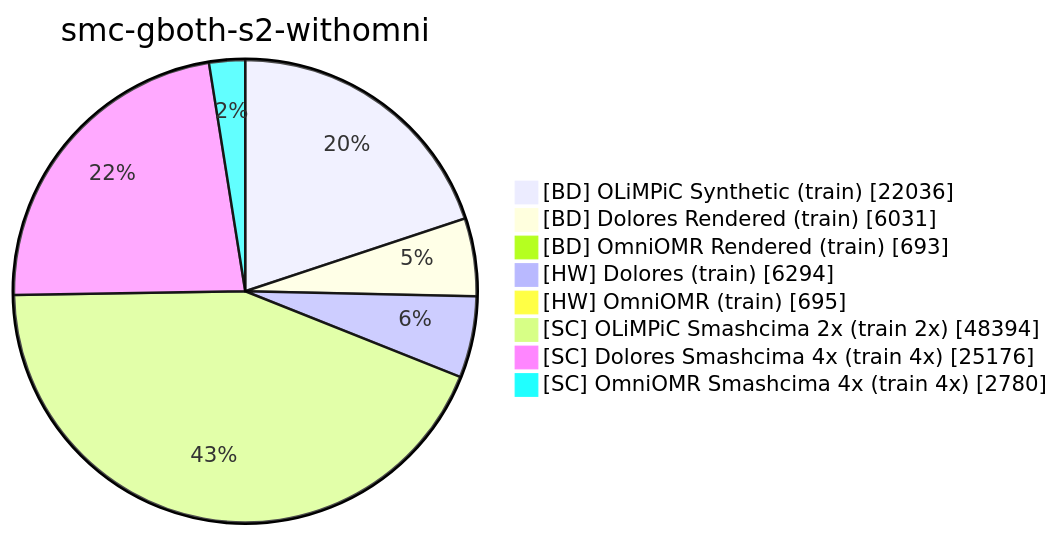
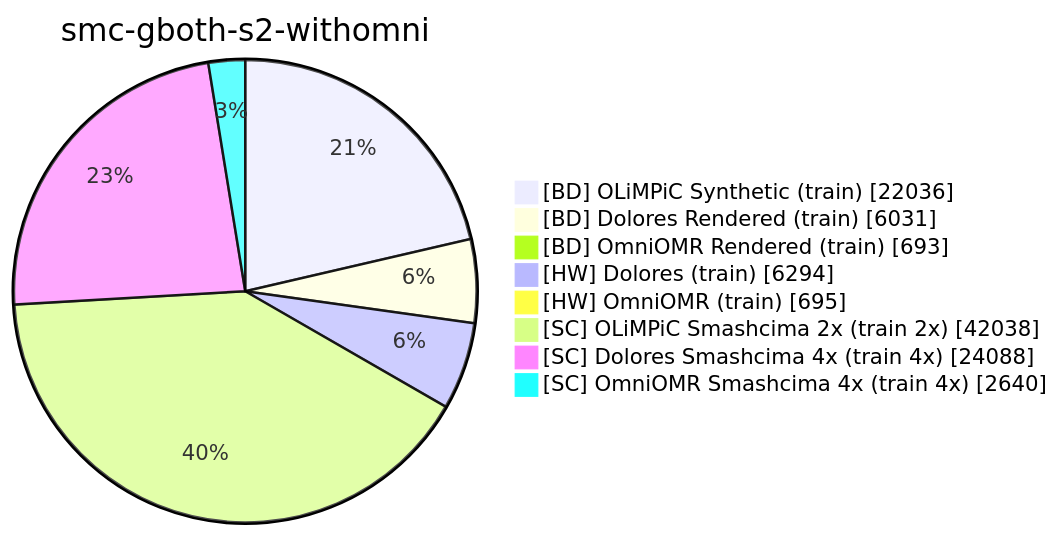
One commit to Jirka-Mayer/ijdar changed the ninth of 11 diagrams in docs/smashcima.md. Above: the diagram before and after it, drawn with Mermaid. The commit also changed other lines of this file and 9 other files, not shown here.

````diff
--- a/docs/smashcima.md
+++ b/docs/smashcima.md
@@ -140,11 +204,11 @@
 ```mermaid
 pie showData title smc-gboth-s2-withomni
     "[BD] OLiMPiC Synthetic (train)" : 22036
     "[BD] Dolores Rendered (train)" : 6031
     "[BD] OmniOMR Rendered (train)" : 693
     "[HW] Dolores (train)" : 6294
     "[HW] OmniOMR (train)" : 695
-    "[SC] OLiMPiC Smashcima 2x (train 2x)" : 48394
-    "[SC] Dolores Smashcima 4x (train 4x)" : 25176
-    "[SC] OmniOMR Smashcima 4x (train 4x)" : 2780
+    "[SC] OLiMPiC Smashcima 2x (train 2x)" : 42038
+    "[SC] Dolores Smashcima 4x (train 4x)" : 24088
+    "[SC] OmniOMR Smashcima 4x (train 4x)" : 2640
 ```
````
